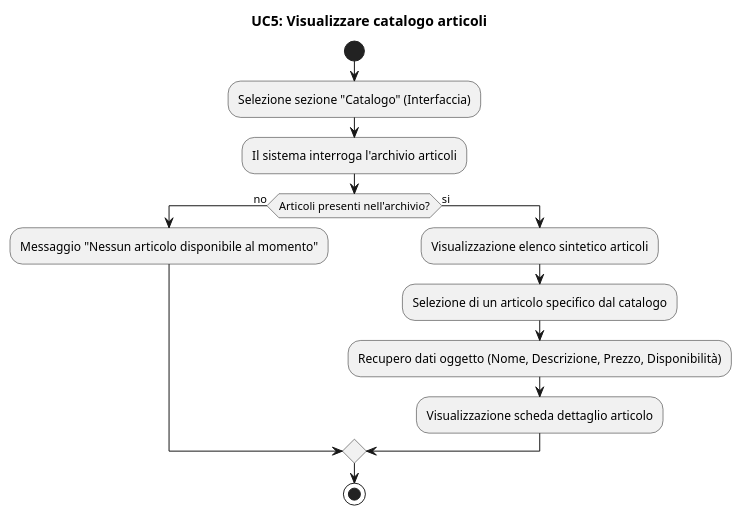
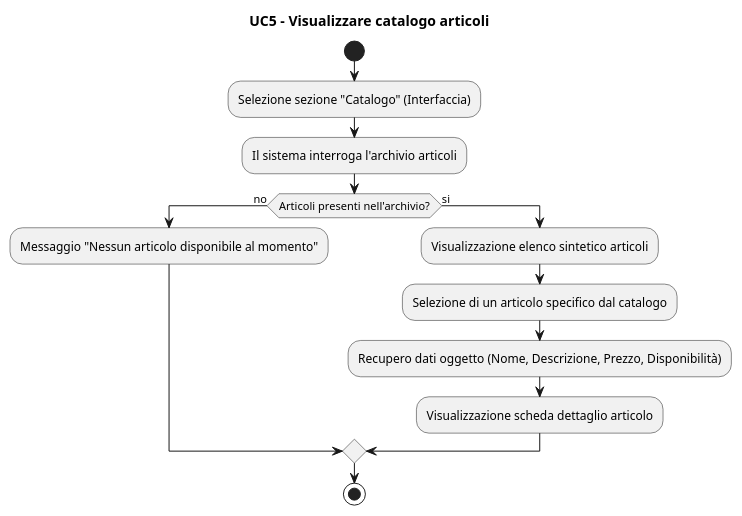
One commit to Samepsilon/FloWare changed the diagram in diagrammiUML/diagrammi di attività/UC5_Visualizzare_Catalogo_Articoli.puml. Above: the diagram before and after it, drawn with PlantUML. The commit also changed 34 other files, not shown here.

```diff
--- a/diagrammiUML/diagrammi di attività/UC5_Visualizzare_Catalogo_Articoli.puml
+++ b/diagrammiUML/diagrammi di attività/UC5_Visualizzare_Catalogo_Articoli.puml
@@ -1,24 +1,24 @@
 @startuml
 
-title UC5: Visualizzare catalogo articoli 
+title UC5 - Visualizzare catalogo articoli 
 
 start
 
 :Selezione sezione "Catalogo" (Interfaccia);
 
 :Il sistema interroga l'archivio articoli;
 
 if (Articoli presenti nell'archivio?) then (no)
   
   :Messaggio "Nessun articolo disponibile al momento";
   
 else (si)
   :Visualizzazione elenco sintetico articoli;
   :Selezione di un articolo specifico dal catalogo;
   
   :Recupero dati oggetto (Nome, Descrizione, Prezzo, Disponibilità);
   :Visualizzazione scheda dettaglio articolo;
   
 endif
 stop
 @enduml
```
